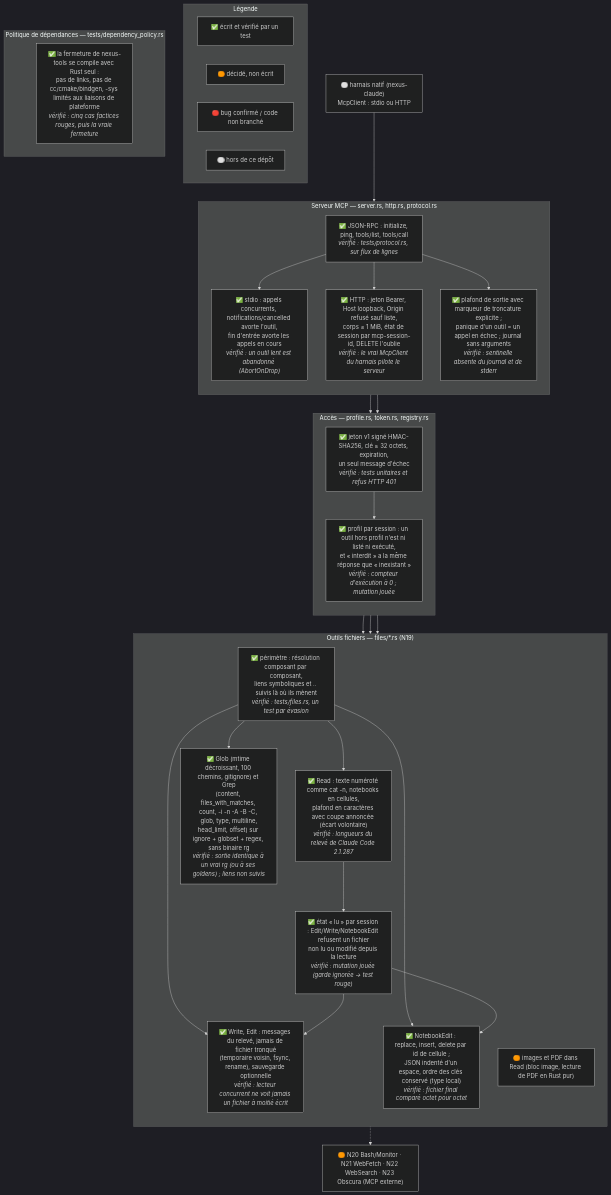
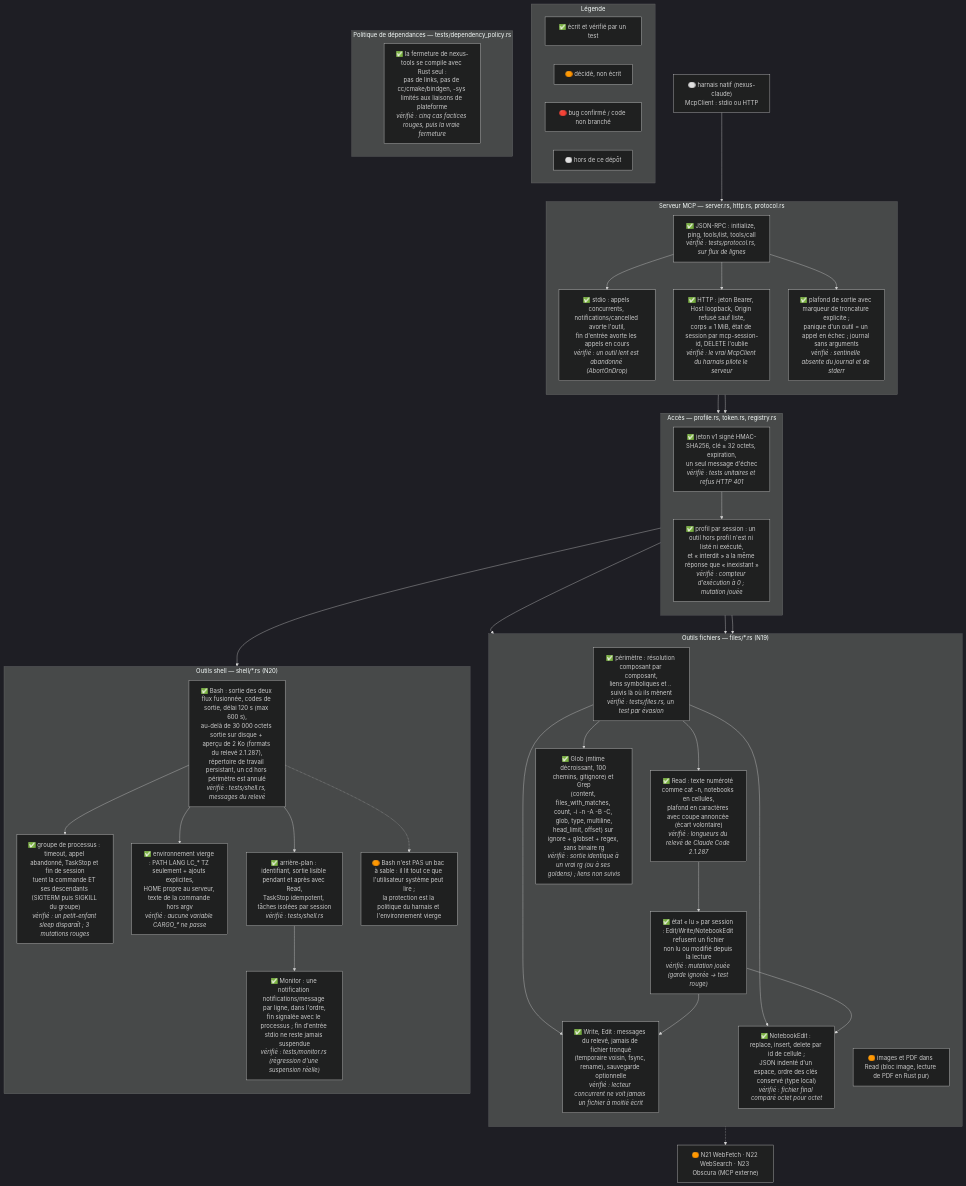
One commit to this-rs/nexus changed the diagram in docs/diagrams/nexus-tools.mmd. Above: the diagram before and after it, drawn with Mermaid (dark theme). The commit also changed 17 other files, not shown here.

First line of the commit message:
feat(tools): Bash, TaskStop, Monitor with process groups, clean environment and notifications (N20)

```diff
--- a/docs/diagrams/nexus-tools.mmd
+++ b/docs/diagrams/nexus-tools.mmd
@@ -1,63 +1,79 @@
 %% name: nexus-tools
-%% covers: nexus-tools/src/*.rs, nexus-tools/src/files/*.rs, nexus-tools/tests/*.rs, nexus-tools/tests/golden_grep/*.txt, docs/agent-tools-parity.md
+%% covers: nexus-tools/src/*.rs, nexus-tools/src/files/*.rs, nexus-tools/src/shell/*.rs, nexus-tools/tests/*.rs, nexus-tools/tests/golden_grep/*.txt, docs/agent-tools-parity.md
 %% verified: 2026-10-05
 flowchart TD
     subgraph legend["Légende"]
         direction LR
         L1["✅ écrit et vérifié par un test"]
         L2["🟠 décidé, non écrit"]
         L3["🔴 bug confirmé / code non branché"]
         L4["⚪ hors de ce dépôt"]
     end
 
     HARNESS["⚪ harnais natif (nexus-claude)<br/>McpClient : stdio ou HTTP"]
 
     subgraph serveur["Serveur MCP — server.rs, http.rs, protocol.rs"]
         direction TB
         RPC["✅ JSON-RPC : initialize, ping, tools/list, tools/call<br/><i>vérifié : tests/protocol.rs, sur flux de lignes</i>"]
         STDIO["✅ stdio : appels concurrents, notifications/cancelled avorte l'outil,<br/>fin d'entrée avorte les appels en cours<br/><i>vérifié : un outil lent est abandonné (AbortOnDrop)</i>"]
         HTTP["✅ HTTP : jeton Bearer, Host loopback, Origin refusé sauf liste,<br/>corps ≤ 1 MiB, état de session par mcp-session-id, DELETE l'oublie<br/><i>vérifié : le vrai McpClient du harnais pilote le serveur</i>"]
         CAP["✅ plafond de sortie avec marqueur de troncature explicite ;<br/>panique d'un outil = un appel en échec ; journal sans arguments<br/><i>vérifié : sentinelle absente du journal et de stderr</i>"]
     end
 
     subgraph acces["Accès — profile.rs, token.rs, registry.rs"]
         direction TB
         TOKEN["✅ jeton v1 signé HMAC-SHA256, clé ≥ 32 octets, expiration,<br/>un seul message d'échec<br/><i>vérifié : tests unitaires et refus HTTP 401</i>"]
         PROFILE["✅ profil par session : un outil hors profil n'est ni listé ni exécuté,<br/>et « interdit » a la même réponse que « inexistant »<br/><i>vérifié : compteur d'exécution à 0 ; mutation jouée</i>"]
     end
 
     subgraph fichiers["Outils fichiers — files/*.rs (N19)"]
         direction TB
         SCOPE["✅ périmètre : résolution composant par composant,<br/>liens symboliques et .. suivis là où ils mènent<br/><i>vérifié : tests/files.rs, un test par évasion</i>"]
         STATE["✅ état « lu » par session : Edit/Write/NotebookEdit refusent un fichier<br/>non lu ou modifié depuis la lecture<br/><i>vérifié : mutation jouée (garde ignorée → test rouge)</i>"]
         READ["✅ Read : texte numéroté comme cat -n, notebooks en cellules,<br/>plafond en caractères avec coupe annoncée (écart volontaire)<br/><i>vérifié : longueurs du relevé de Claude Code 2.1.287</i>"]
         WRITE["✅ Write, Edit : messages du relevé, jamais de fichier tronqué<br/>(temporaire voisin, fsync, rename), sauvegarde optionnelle<br/><i>vérifié : lecteur concurrent ne voit jamais un fichier à moitié écrit</i>"]
         NB["✅ NotebookEdit : replace, insert, delete par id de cellule ;<br/>JSON indenté d'un espace, ordre des clés conservé (type local)<br/><i>vérifié : fichier final comparé octet pour octet</i>"]
         SEARCH["✅ Glob (mtime décroissant, 100 chemins, gitignore) et Grep<br/>(content, files_with_matches, count, -i -n -A -B -C, glob, type, multiline,<br/>head_limit, offset) sur ignore + globset + regex, sans binaire rg<br/><i>vérifié : sortie identique à un vrai rg (ou à ses goldens) ; liens non suivis</i>"]
         IMGPDF["🟠 images et PDF dans Read (bloc image, lecture de PDF en Rust pur)"]
     end
 
+    subgraph shell["Outils shell — shell/*.rs (N20)"]
+        direction TB
+        BASH["✅ Bash : sortie des deux flux fusionnée, codes de sortie, délai 120 s (max 600 s),<br/>au-delà de 30 000 octets sortie sur disque + aperçu de 2 Ko (formats du relevé 2.1.287),<br/>répertoire de travail persistant, un cd hors périmètre est annulé<br/><i>vérifié : tests/shell.rs, messages du relevé</i>"]
+        GROUP["✅ groupe de processus : timeout, appel abandonné, TaskStop et fin de session<br/>tuent la commande ET ses descendants (SIGTERM puis SIGKILL du groupe)<br/><i>vérifié : un petit-enfant sleep disparaît ; 3 mutations rouges</i>"]
+        BG["✅ arrière-plan : identifiant, sortie lisible pendant et après avec Read,<br/>TaskStop idempotent, tâches isolées par session<br/><i>vérifié : tests/shell.rs</i>"]
+        MON["✅ Monitor : une notification notifications/message par ligne, dans l'ordre,<br/>fin signalée avec le processus ; fin d'entrée stdio ne reste jamais suspendue<br/><i>vérifié : tests/monitor.rs (régression d'une suspension réelle)</i>"]
+        ENV["✅ environnement vierge : PATH LANG LC_* TZ seulement + ajouts explicites,<br/>HOME propre au serveur, texte de la commande hors argv<br/><i>vérifié : aucune variable CARGO_* ne passe</i>"]
+        NOSANDBOX["🟠 Bash n'est PAS un bac à sable : il lit tout ce que l'utilisateur système peut lire ;<br/>la protection est la politique du harnais et l'environnement vierge"]
+    end
+
     subgraph suite["Politique de dépendances — tests/dependency_policy.rs"]
         DEPS["✅ la fermeture de nexus-tools se compile avec Rust seul :<br/>pas de links, pas de cc/cmake/bindgen, -sys limités aux liaisons de plateforme<br/><i>vérifié : cinq cas factices rouges, puis la vraie fermeture</i>"]
     end
 
-    LATER["🟠 N20 Bash/Monitor · N21 WebFetch · N22 WebSearch · N23 Obscura (MCP externe)"]
+    LATER["🟠 N21 WebFetch · N22 WebSearch · N23 Obscura (MCP externe)"]
 
     HARNESS --> RPC
     RPC --> STDIO
     RPC --> HTTP
     RPC --> CAP
     HTTP --> TOKEN
     TOKEN --> PROFILE
     RPC --> PROFILE
     PROFILE --> READ
     PROFILE --> WRITE
     PROFILE --> NB
     SCOPE --> READ
     SCOPE --> WRITE
     SCOPE --> NB
     STATE --> WRITE
     STATE --> NB
     READ --> STATE
     SCOPE --> SEARCH
+    PROFILE --> BASH
+    BASH --> GROUP
+    BASH --> ENV
+    BASH --> BG
+    BG --> MON
+    BASH -.-> NOSANDBOX
     IMGPDF -.-> LATER
```
